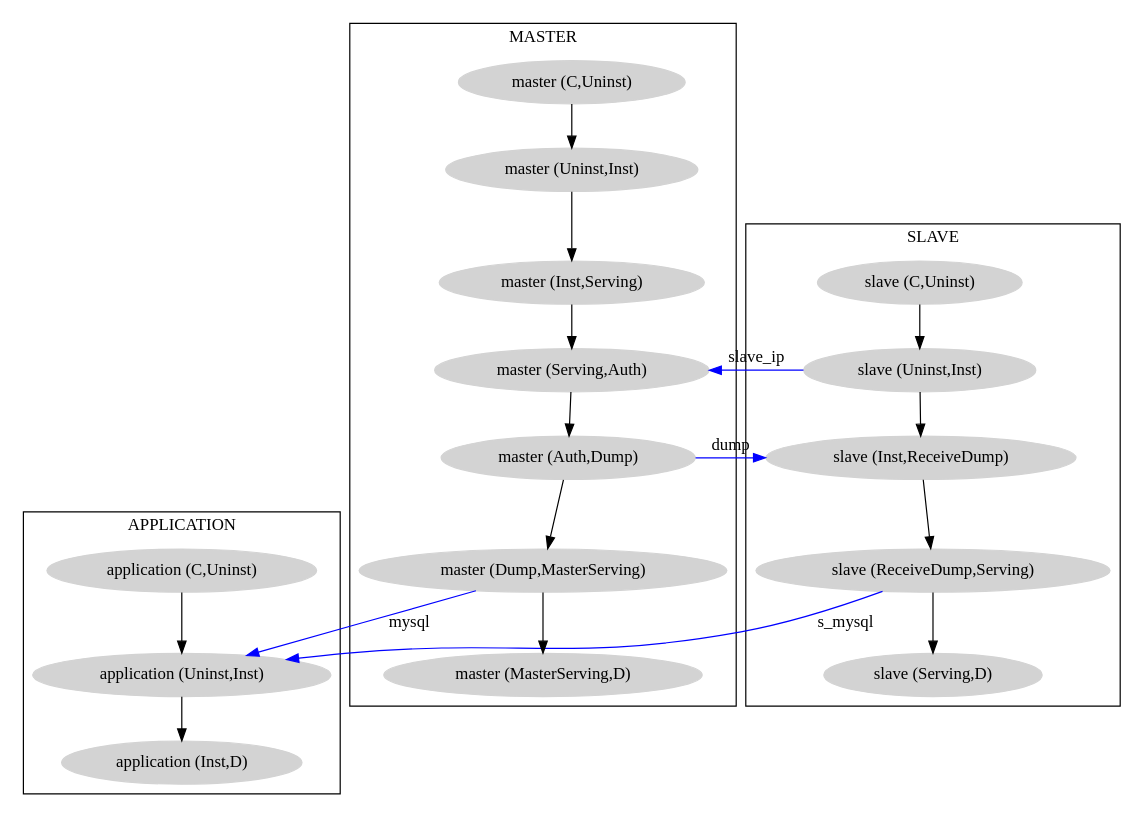
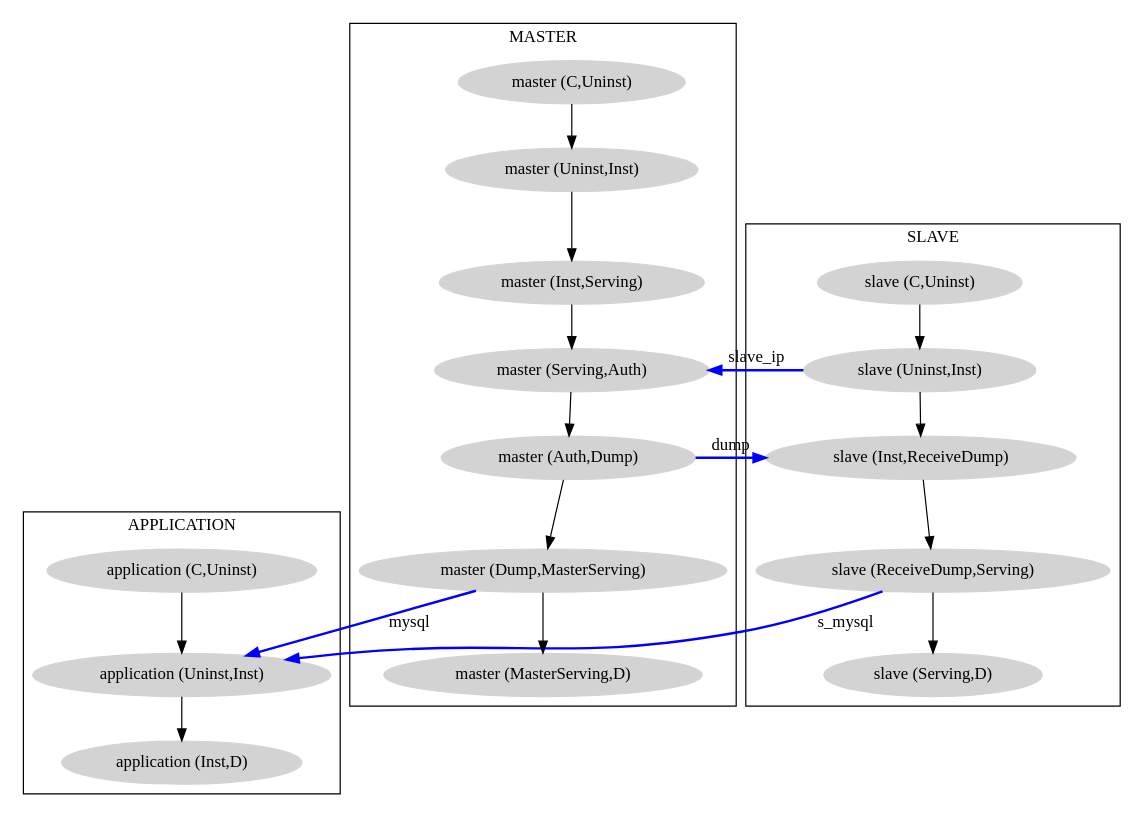
The diagram in results/mysql_master_slave_replication_abstract_plan.dot (aeolus-project/metis), drawn with Graphviz before and after one commit. The commit also changed 4 other files, not shown here.

Commit message:
now blue arrows in the abstract plan are in bold style

```diff
--- a/results/mysql_master_slave_replication_abstract_plan.dot
+++ b/results/mysql_master_slave_replication_abstract_plan.dot
@@ -1,42 +1,42 @@
 // Abstract plan in DOT file representation 
 
 digraph {
 
 	// Instance line of application
 	subgraph cluster_application {
 		node[style=filled, color=lightgrey];
 		"application (C,Uninst)" -> "application (Uninst,Inst)";
 		"application (Uninst,Inst)" -> "application (Inst,D)";
 		label="APPLICATION";
 	}
 
 	// Instance line of slave
 	subgraph cluster_slave {
 		node[style=filled, color=lightgrey];
 		"slave (C,Uninst)" -> "slave (Uninst,Inst)";
 		"slave (Uninst,Inst)" -> "slave (Inst,ReceiveDump)";
 		"slave (Inst,ReceiveDump)" -> "slave (ReceiveDump,Serving)";
 		"slave (ReceiveDump,Serving)" -> "slave (Serving,D)";
 		label="SLAVE";
 	}
 
 	// Instance line of master
 	subgraph cluster_master {
 		node[style=filled, color=lightgrey];
 		"master (C,Uninst)" -> "master (Uninst,Inst)";
 		"master (Uninst,Inst)" -> "master (Inst,Serving)";
 		"master (Inst,Serving)" -> "master (Serving,Auth)";
 		"master (Serving,Auth)" -> "master (Auth,Dump)";
 		"master (Auth,Dump)" -> "master (Dump,MasterServing)";
 		"master (Dump,MasterServing)" -> "master (MasterServing,D)";
 		label="MASTER";
 	}
 
 	// Edges from instance line of slave
-		"slave (Uninst,Inst)" -> "master (Serving,Auth)" [label="slave_ip", color=blue];
-		"slave (ReceiveDump,Serving)" -> "application (Uninst,Inst)" [label="s_mysql", color=blue];
+		"slave (Uninst,Inst)" -> "master (Serving,Auth)" [style=bold, label="slave_ip", color=blue];
+		"slave (ReceiveDump,Serving)" -> "application (Uninst,Inst)" [style=bold, label="s_mysql", color=blue];
 
 	// Edges from instance line of master
-		"master (Auth,Dump)" -> "slave (Inst,ReceiveDump)" [label="dump", color=blue];
-		"master (Dump,MasterServing)" -> "application (Uninst,Inst)" [label="mysql", color=blue];
+		"master (Auth,Dump)" -> "slave (Inst,ReceiveDump)" [style=bold, label="dump", color=blue];
+		"master (Dump,MasterServing)" -> "application (Uninst,Inst)" [style=bold, label="mysql", color=blue];
 }
```
